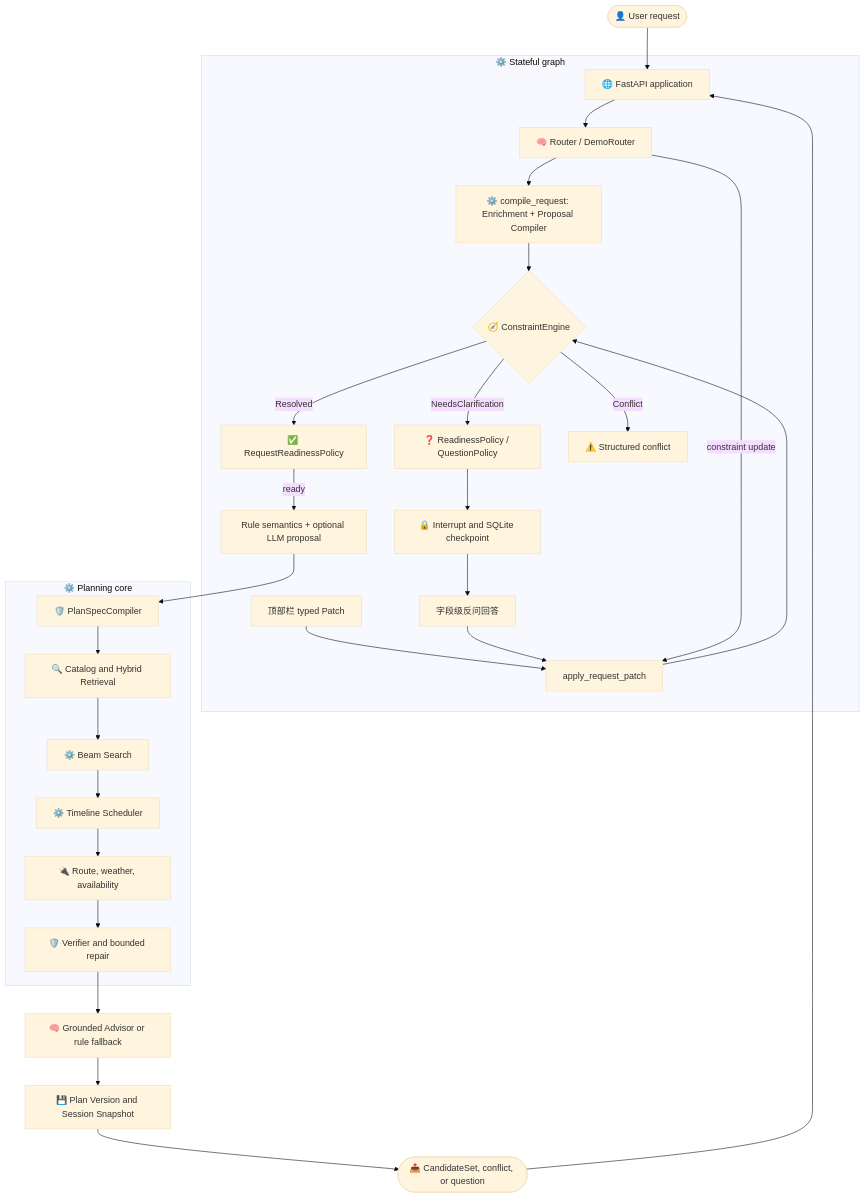
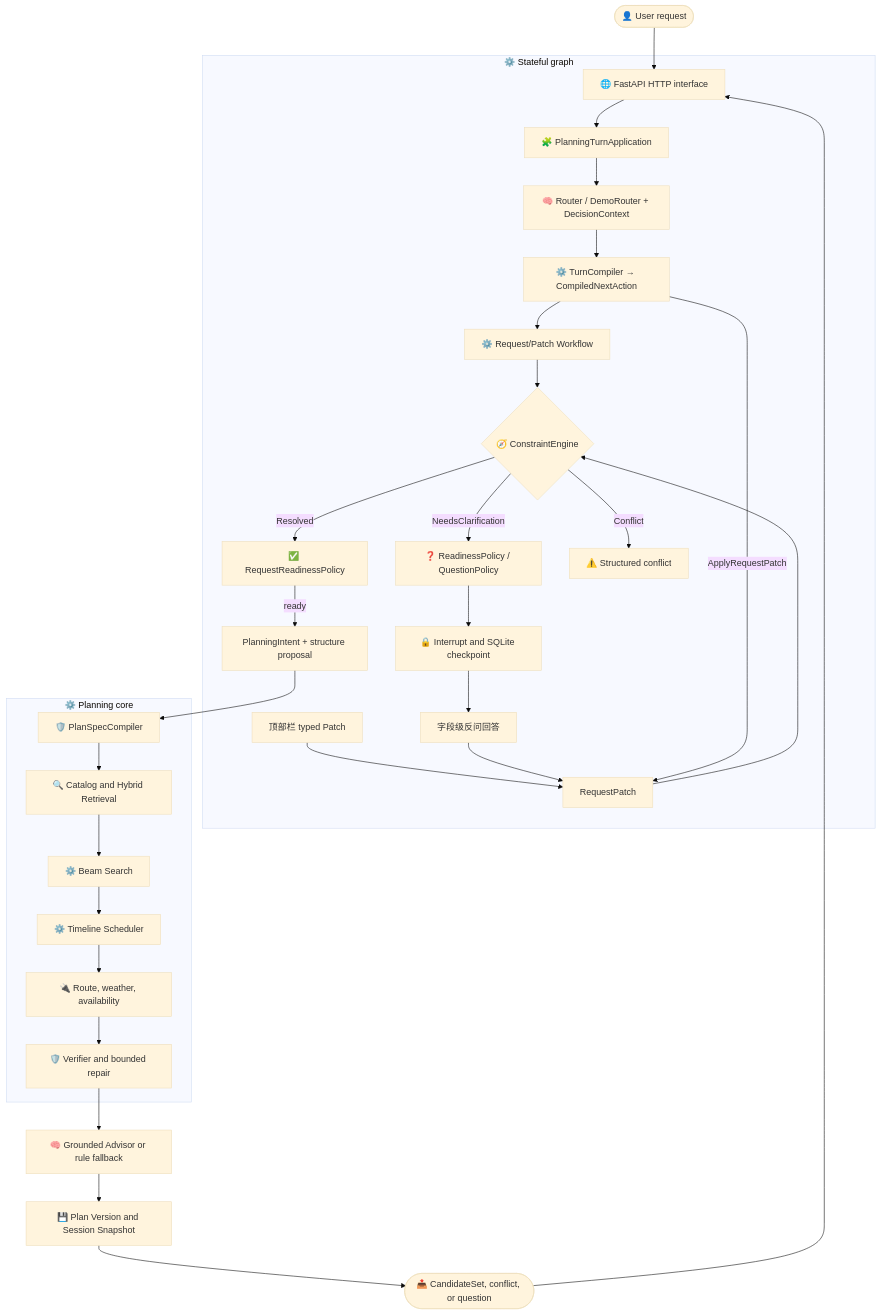
Before and after one commit to Weekend-Agent-Studio/happyFreeTime: the diagram in docs/current/resume_v2_architecture.md, drawn with Mermaid (base theme). The commit also changed other lines of this file and 7 other files, not shown here.

Commit message:
chore: finalize core3 architecture and docs

````diff
--- a/docs/current/resume_v2_architecture.md
+++ b/docs/current/resume_v2_architecture.md
@@ -32,37 +32,39 @@
 ```mermaid
 flowchart TB
     accTitle: Resume V2 Runtime Architecture
     accDescr: The current implementation separates natural language interpretation, deterministic planning, external fact verification, grounded presentation, and durable session state.
 
-    input([👤 User request]) --> api[🌐 FastAPI application]
+    input([👤 User request]) --> api[🌐 FastAPI HTTP interface]
 
     subgraph graph_control["⚙️ Stateful graph"]
-        api --> turn[🧠 Router / DemoRouter]
-        turn --> compile[⚙️ compile_request: Enrichment + Proposal Compiler]
+        api --> app[🧩 PlanningTurnApplication]
+        app --> turn[🧠 Router / DemoRouter + DecisionContext]
+        turn --> action[⚙️ TurnCompiler → CompiledNextAction]
+        action --> compile[⚙️ Request/Patch Workflow]
         compile --> engine{🧭 ConstraintEngine}
         engine -->|NeedsClarification| policy[❓ ReadinessPolicy / QuestionPolicy]
         policy --> pause[🔒 Interrupt and SQLite checkpoint]
         pause --> reply
         engine -->|Resolved| ready[✅ RequestReadinessPolicy]
         ready -->|ready| intent[🧠 PlanningIntent projection]
         engine -->|Conflict| conflict[⚠️ Structured conflict]
-        topbar[顶部栏 typed Patch] --> patch[apply_request_patch]
+        topbar[顶部栏 typed Patch] --> patch[RequestPatch]
         reply[字段级反问回答] --> patch
-        turn -->|constraint update| patch
+        action -->|ApplyRequestPatch| patch
         patch --> engine
     end
 
     subgraph planning_core["⚙️ Planning core"]
-        intent[Rule semantics + optional LLM proposal] --> spec[🛡️ PlanSpecCompiler]
+        intent[PlanningIntent + structure proposal] --> spec[🛡️ PlanSpecCompiler]
         spec --> retrieve[🔍 Catalog and Hybrid Retrieval]
         retrieve --> search[⚙️ Beam Search]
         search --> schedule[⚙️ Timeline Scheduler]
         schedule --> facts[🔌 Route, weather, availability]
         facts --> verify[🛡️ Verifier and bounded repair]
     end
 
     verify --> advice[🧠 Grounded Advisor or rule fallback]
     advice --> state[💾 Plan Version and Session Snapshot]
     state --> output([📤 CandidateSet, conflict, or question])
     output --> api
 ```
````
